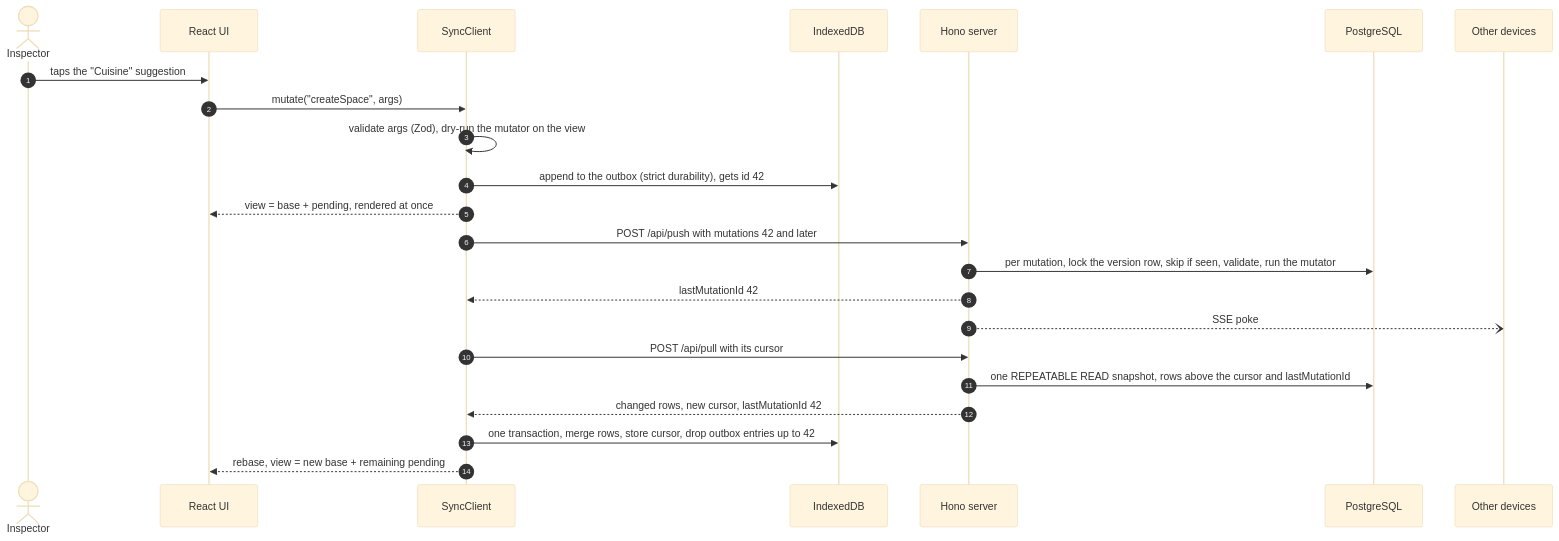
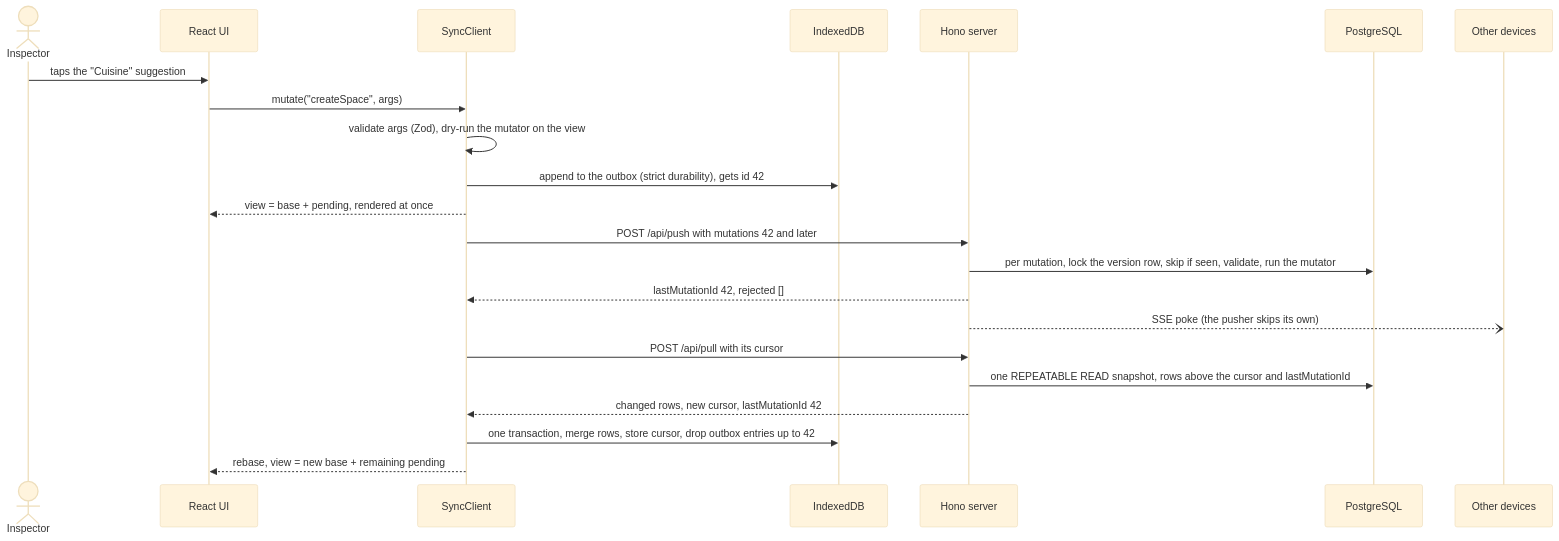
The second of 2 diagrams in DESIGN.md (Arkciin/auditoo-levels), drawn with Mermaid (base theme) before and after one commit. The commit also changed other lines of this file, not shown here.

````diff
--- a/DESIGN.md
+++ b/DESIGN.md
@@ -55,25 +55,24 @@
 ```mermaid
 sequenceDiagram
-  autonumber
   actor U as Inspector
   participant UI as React UI
   participant C as SyncClient
   participant DB as IndexedDB
   participant S as Hono server
   participant PG as PostgreSQL
   participant O as Other devices
   U->>UI: taps the "Cuisine" suggestion
   UI->>C: mutate("createSpace", args)
   C->>C: validate args (Zod), dry-run the mutator on the view
   C->>DB: append to the outbox (strict durability), gets id 42
   C-->>UI: view = base + pending, rendered at once
   C->>S: POST /api/push with mutations 42 and later
   S->>PG: per mutation, lock the version row, skip if seen, validate, run the mutator
-  S-->>C: lastMutationId 42
-  S--)O: SSE poke
+  S-->>C: lastMutationId 42, rejected []
+  S--)O: SSE poke (the pusher skips its own)
   C->>S: POST /api/pull with its cursor
   S->>PG: one REPEATABLE READ snapshot, rows above the cursor and lastMutationId
   S-->>C: changed rows, new cursor, lastMutationId 42
   C->>DB: one transaction, merge rows, store cursor, drop outbox entries up to 42
   C-->>UI: rebase, view = new base + remaining pending
 ```
````
